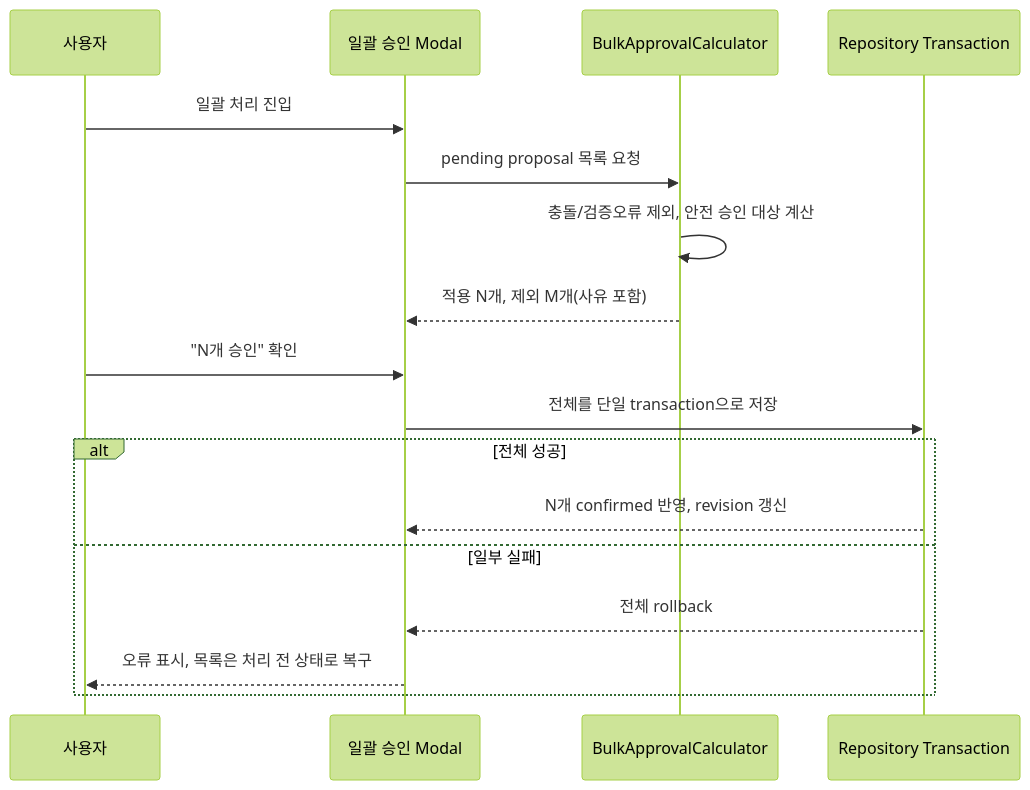
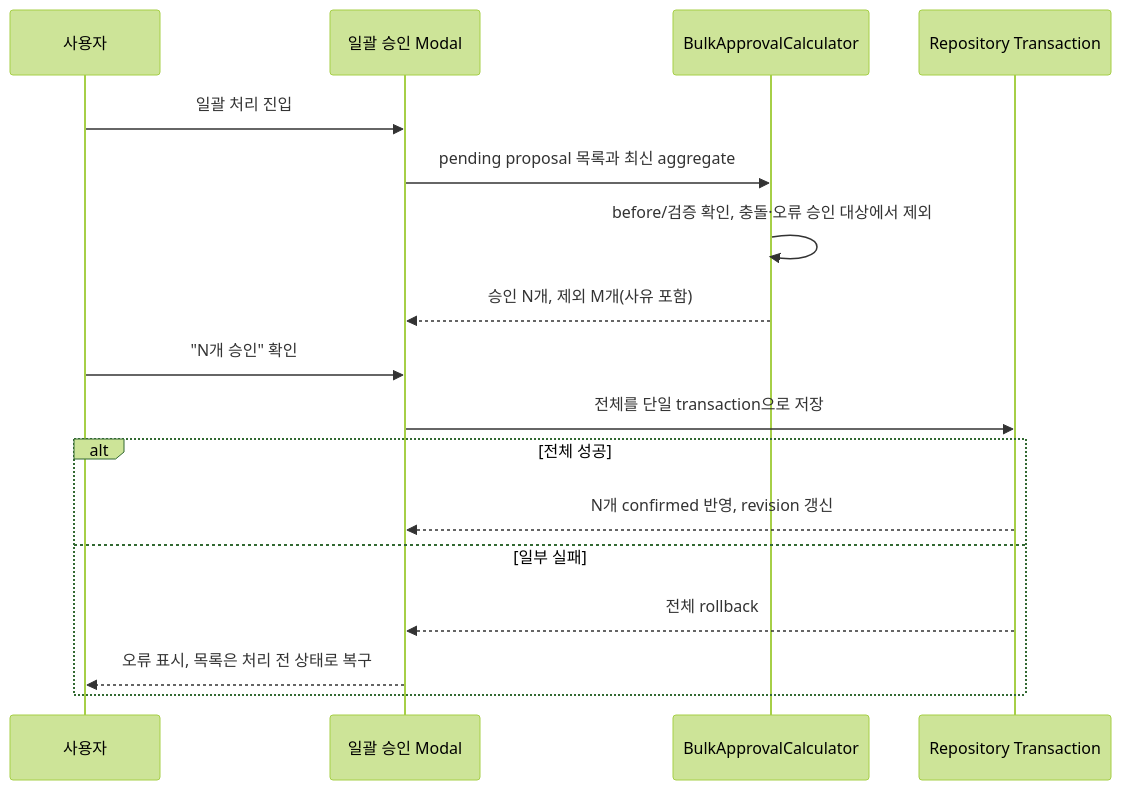
Before and after one commit to donghyunlee-dev/ai-agent-blueprint: the second of 2 diagrams in docs/tasks/DSG-PR-02/plan.md, drawn with Mermaid (forest theme). The commit also changed other lines of this file and 19 other files, not shown here.

````diff
--- a/docs/tasks/DSG-PR-02/plan.md
+++ b/docs/tasks/DSG-PR-02/plan.md
@@ -69,20 +76,20 @@
 ```mermaid
 sequenceDiagram
     participant U as 사용자
     participant UI as 일괄 승인 Modal
     participant CALC as BulkApprovalCalculator
     participant TXN as Repository Transaction
 
     U->>UI: 일괄 처리 진입
-    UI->>CALC: pending proposal 목록 요청
-    CALC->>CALC: 충돌/검증오류 제외, 안전 승인 대상 계산
-    CALC-->>UI: 적용 N개, 제외 M개(사유 포함)
+    UI->>CALC: pending proposal 목록과 최신 aggregate
+    CALC->>CALC: before/검증 확인, 충돌·오류 승인 대상에서 제외
+    CALC-->>UI: 승인 N개, 제외 M개(사유 포함)
     U->>UI: "N개 승인" 확인
     UI->>TXN: 전체를 단일 transaction으로 저장
     alt 전체 성공
         TXN-->>UI: N개 confirmed 반영, revision 갱신
     else 일부 실패
         TXN-->>UI: 전체 rollback
         UI-->>U: 오류 표시, 목록은 처리 전 상태로 복구
     end
 ```
````
